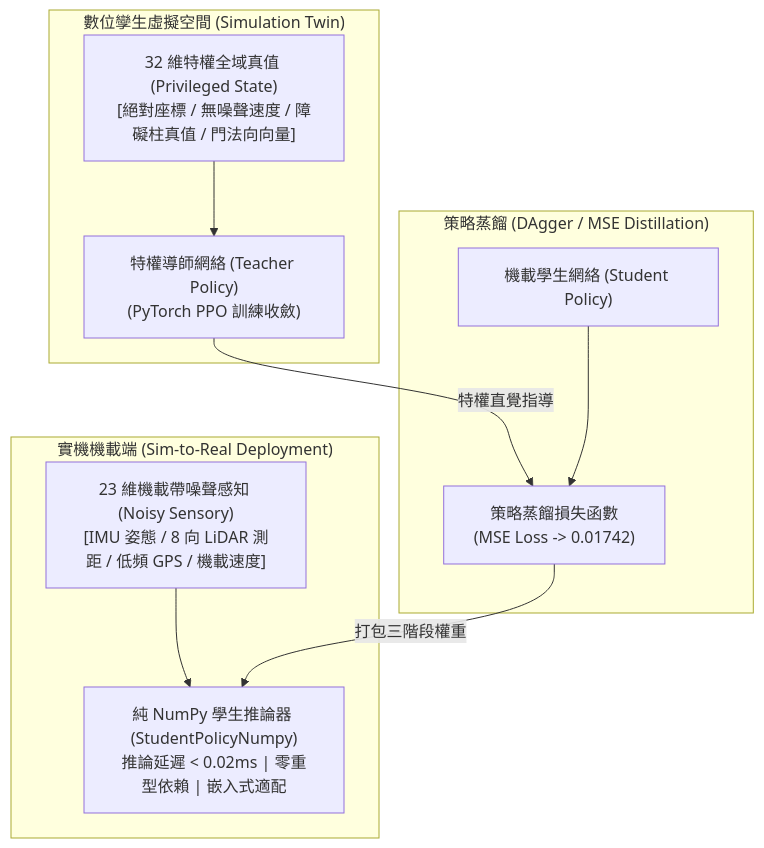
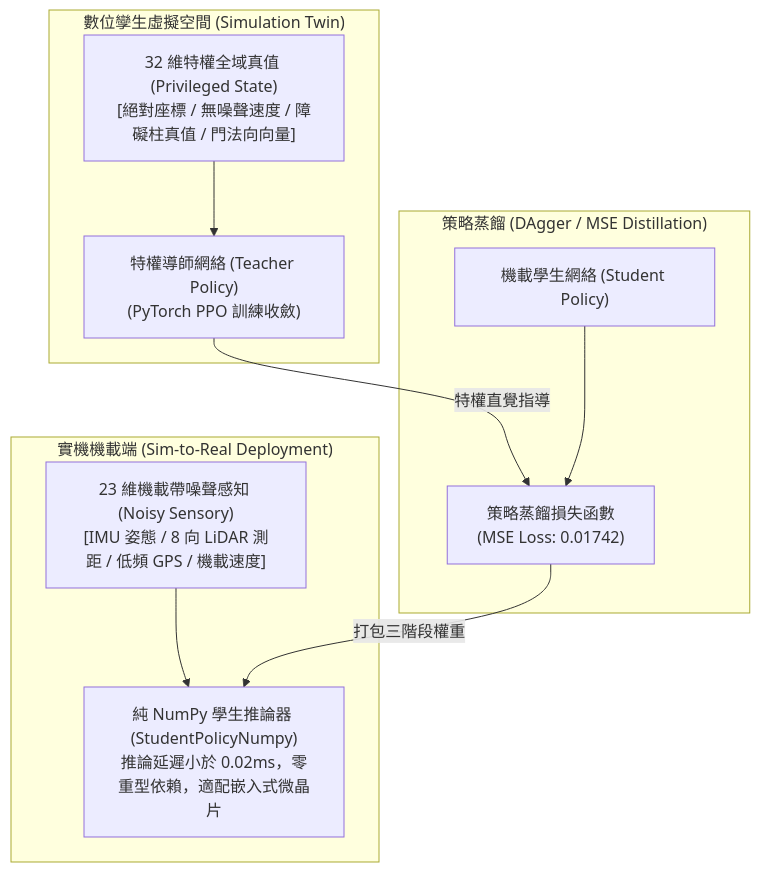
One commit to 1000shin/Digital_Twin_Drone_MVP changed the second of 2 diagrams in README.md. Above: the diagram before and after it, drawn with Mermaid. The commit also changed other lines of this file and 1 other file, not shown here.

````diff
--- a/README.md
+++ b/README.md
@@ -101,20 +101,20 @@
 ```mermaid
 graph TD
     subgraph VirtualWorld["數位孿生虛擬空間 (Simulation Twin)"]
         TW["32 維特權全域真值 (Privileged State)<br/>[絕對座標 / 無噪聲速度 / 障礙柱真值 / 門法向向量]"]
         TP["特權導師網絡 (Teacher Policy)<br/>(PyTorch PPO 訓練收斂)"]
         TW --> TP
     end
 
     subgraph Distillation["策略蒸餾 (DAgger / MSE Distillation)"]
-        TP -->|特權直覺指導| DIST["策略蒸餾損失函數<br/>(MSE Loss -> 0.01742)"]
+        TP -->|特權直覺指導| DIST["策略蒸餾損失函數<br/>(MSE Loss: 0.01742)"]
         SP_TRAIN["機載學生網絡 (Student Policy)"] --> DIST
     end
 
     subgraph OnboardReality["實機機載端 (Sim-to-Real Deployment)"]
         SW["23 維機載帶噪聲感知 (Noisy Sensory)<br/>[IMU 姿態 / 8 向 LiDAR 測距 / 低頻 GPS / 機載速度]"]
-        SW --> SP["純 NumPy 學生推論器 (StudentPolicyNumpy)<br/>推論延遲 < 0.02ms | 零重型依賴 | 嵌入式適配"]
+        SW --> SP["純 NumPy 學生推論器 (StudentPolicyNumpy)<br/>推論延遲小於 0.02ms，零重型依賴，適配嵌入式微晶片"]
     end
 
     DIST -->|打包三階段權重| SP
 ```
````
